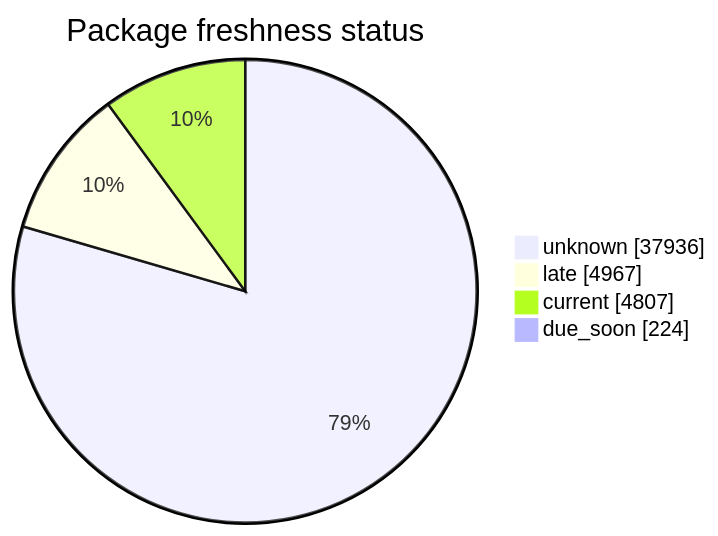
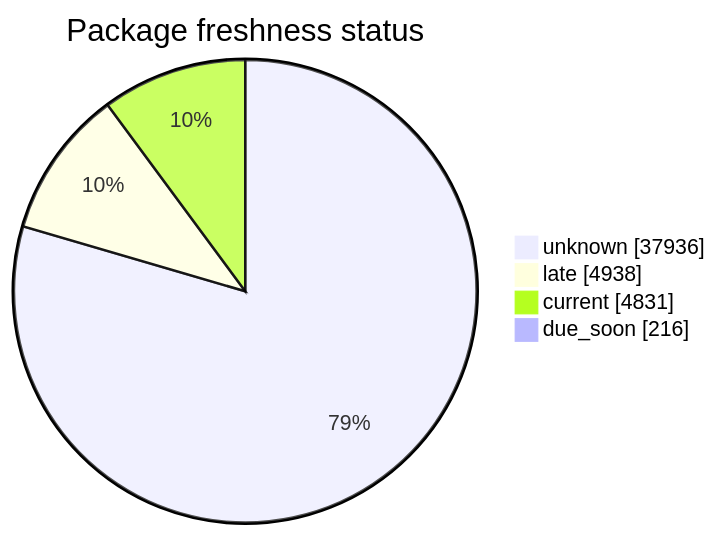
One commit to open-data/analytics-corporate-reporting changed the second of 5 diagrams in FreshCheck/README.md. Above: the diagram before and after it, drawn with Mermaid. The commit also changed other lines of this file and 3 other files, not shown here.

````diff
--- a/FreshCheck/README.md
+++ b/FreshCheck/README.md
@@ -68,7 +68,7 @@
 ```mermaid
 pie showData title Package freshness status
     "unknown": 37936
-    "late": 4967
-    "current": 4807
-    "due_soon": 224
+    "late": 4938
+    "current": 4831
+    "due_soon": 216
 ```
````
